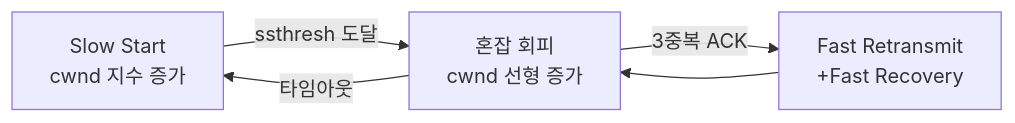
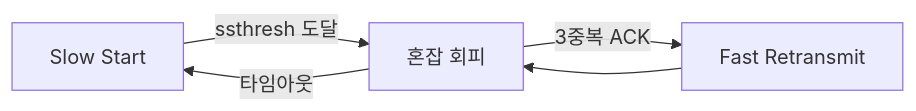
The sixth of 9 diagrams in _posts/network/2026-05-01-osi-7-layer.md (yjkim2015/yjkim2015.github.io), drawn with Mermaid before and after one commit. The commit also changed other lines of this file and 245 other files, not shown here.

First line of the commit message:
Mermaid 다이어그램 전면 수정 + 면접 포인트 접기/펼치기 + DB 데드락 페이지

````diff
--- a/_posts/network/2026-05-01-osi-7-layer.md
+++ b/_posts/network/2026-05-01-osi-7-layer.md
@@ -605,7 +605,7 @@
 ```mermaid
 graph LR
-    SS["Slow Start\ncwnd 지수 증가"] -->|"ssthresh 도달"| CA["혼잡 회피\ncwnd 선형 증가"]
+    SS["Slow Start"] -->|"ssthresh 도달"| CA["혼잡 회피"]
     CA -->|"타임아웃"| SS
-    CA -->|"3중복 ACK"| FR["Fast Retransmit\n+Fast Recovery"]
+    CA -->|"3중복 ACK"| FR["Fast Retransmit"]
     FR --> CA
 ```
````
